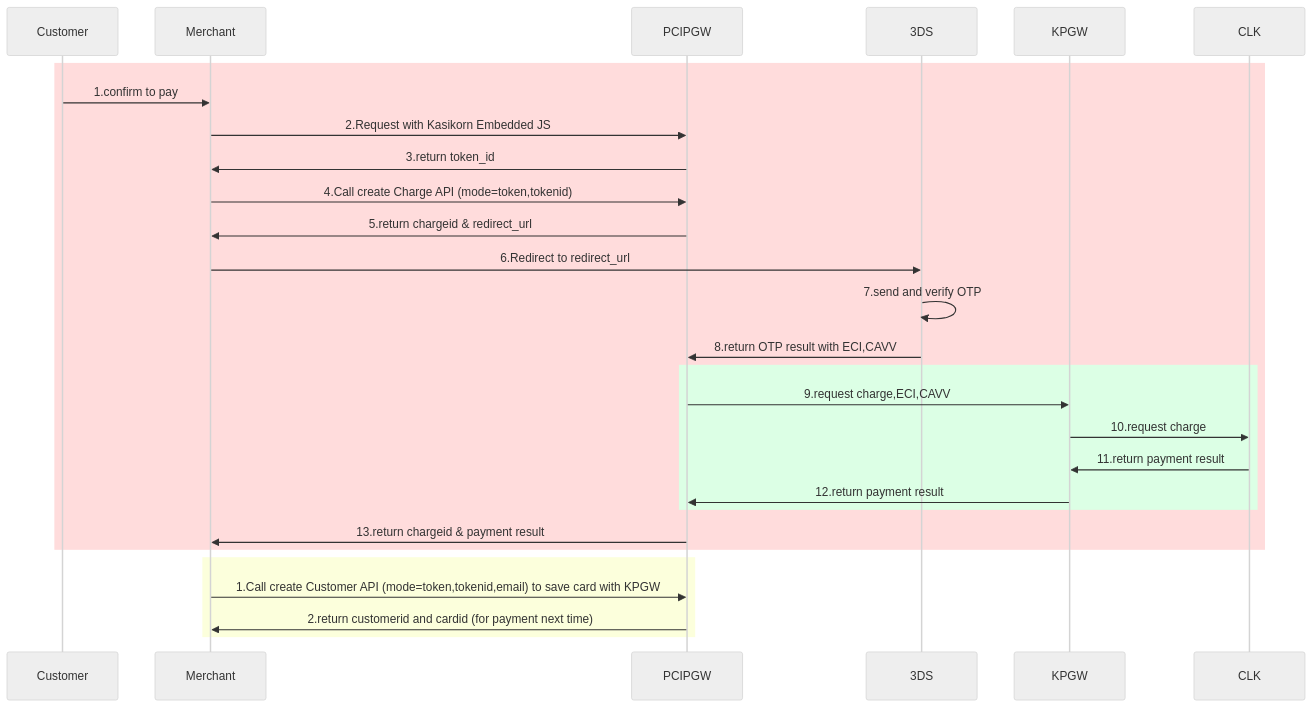
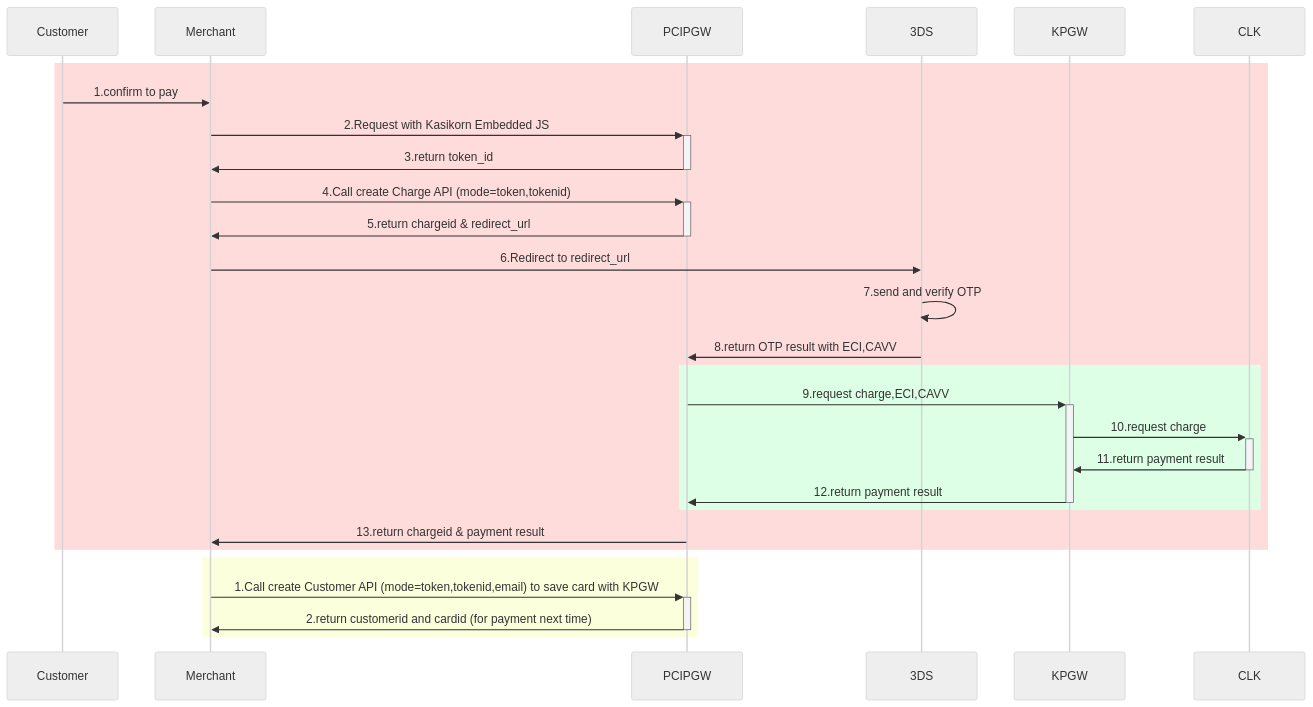
The first of 6 diagrams in Cybs-Ph2-Flow1.md (yuusuke25/MyNotes), drawn with Mermaid (neutral theme) before and after one commit. The commit also changed other lines of this file, not shown here.

````diff
--- a/Cybs-Ph2-Flow1.md
+++ b/Cybs-Ph2-Flow1.md
@@ -2,31 +2,31 @@
 ```mermaid
     sequenceDiagram
         rect rgb(255, 220, 220)
             Customer->>Merchant:1.confirm to pay
-            Merchant->>PCIPGW:2.Request with Kasikorn Embedded JS
-            PCIPGW->>Merchant:3.return token_id
+            Merchant->>+PCIPGW:2.Request with Kasikorn Embedded JS
+            PCIPGW->>-Merchant:3.return token_id
 
-            Merchant->>PCIPGW:4.Call create Charge API (mode=token,tokenid)
-            PCIPGW->>Merchant:5.return chargeid & redirect_url
+            Merchant->>+PCIPGW:4.Call create Charge API (mode=token,tokenid)
+            PCIPGW->>-Merchant:5.return chargeid & redirect_url
 
 
             Merchant->>3DS:6.Redirect to redirect_url
             3DS->>3DS:7.send and verify OTP
             3DS->>PCIPGW:8.return OTP result with ECI,CAVV
 
             rect rgb(220, 255, 229)
-                PCIPGW->>KPGW:9.request charge,ECI,CAVV
-                KPGW->>CLK:10.request charge
-                CLK->>KPGW:11.return payment result
-                KPGW->>PCIPGW:12.return payment result
+                PCIPGW->>+KPGW:9.request charge,ECI,CAVV
+                KPGW->>+CLK:10.request charge
+                CLK->>-KPGW:11.return payment result
+                KPGW->>-PCIPGW:12.return payment result
             end
 
             PCIPGW->>Merchant:13.return chargeid & payment result
         end
         
         rect rgb(252, 255, 220)
-            Merchant->>PCIPGW:1.Call create Customer API (mode=token,tokenid,email) to save card with KPGW
-            PCIPGW->>Merchant:2.return customerid and cardid (for payment next time)
+            Merchant->>+PCIPGW:1.Call create Customer API (mode=token,tokenid,email) to save card with KPGW
+            PCIPGW->>-Merchant:2.return customerid and cardid (for payment next time)
         end
 
 ```
````
